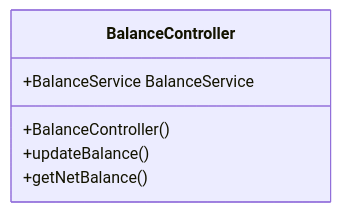
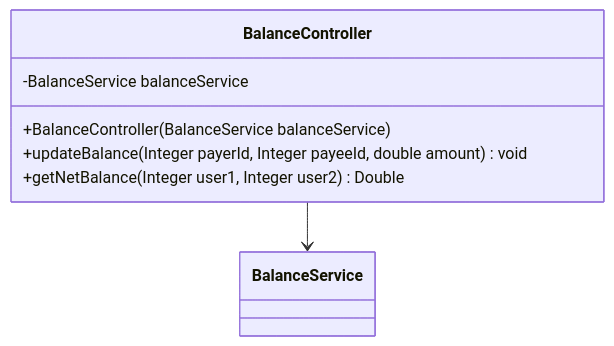
The second of 4 diagrams in class_diagrams/balance_classes.md (UniOfGreenwich/elee1149-coursework--team-chlk), drawn with Mermaid before and after one commit. The commit also changed other lines of this file, not shown here.

````diff
--- a/class_diagrams/balance_classes.md
+++ b/class_diagrams/balance_classes.md
@@ -19,7 +21,10 @@
 ```mermaid
-    classDiagram
-    BalanceController: +BalanceService BalanceService
-    BalanceController: +BalanceController()
-    BalanceController: +updateBalance()
-    BalanceController: +getNetBalance()
+classDiagram
+class BalanceController {
+    -BalanceService balanceService
+    +BalanceController(BalanceService balanceService)
+    +updateBalance(Integer payerId, Integer payeeId, double amount) void
+    +getNetBalance(Integer user1, Integer user2) Double
+}
+BalanceController --> BalanceService
 ```
````
